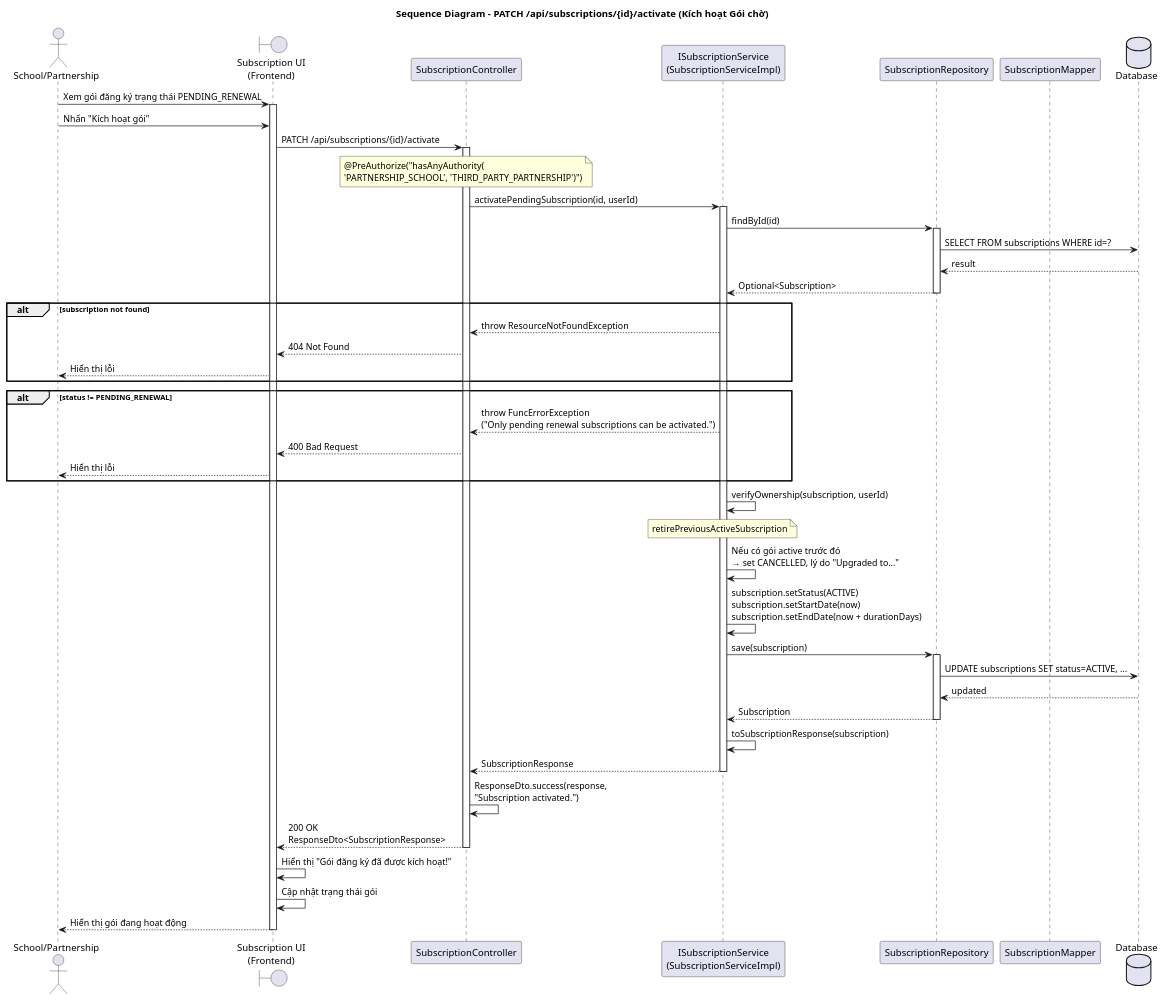
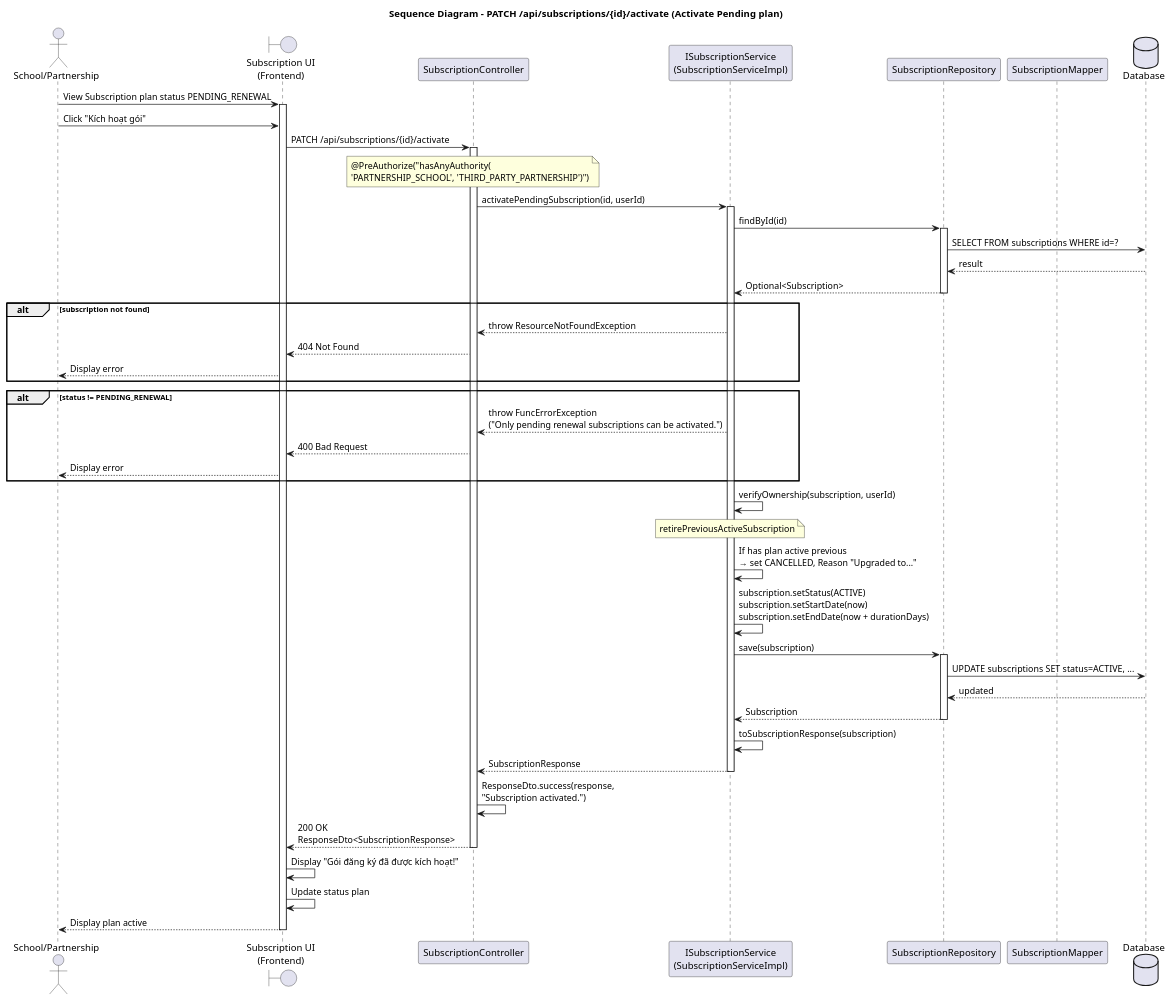
The diagram in src/main/resources/diagram/seq_activate_pending_subscription.puml (EpxrLab/EcoVerse_BE), drawn with PlantUML before and after one commit. The commit also changed 53 other files, not shown here.

```diff
--- a/src/main/resources/diagram/seq_activate_pending_subscription.puml
+++ b/src/main/resources/diagram/seq_activate_pending_subscription.puml
@@ -1,71 +1,71 @@
 @startuml seq_activate_pending_subscription
-title Sequence Diagram - PATCH /api/subscriptions/{id}/activate (Kích hoạt Gói chờ)
+title Sequence Diagram - PATCH /api/subscriptions/{id}/activate (Activate Pending plan)
 
 actor "School/Partnership" as user
 boundary "Subscription UI\n(Frontend)" as ui
 participant "SubscriptionController" as ctrl
 participant "ISubscriptionService\n(SubscriptionServiceImpl)" as svc
 participant "SubscriptionRepository" as subRepo
 participant "SubscriptionMapper" as mapper
 database "Database" as db
 
-user -> ui : Xem gói đăng ký trạng thái PENDING_RENEWAL
+user -> ui : View Subscription plan status PENDING_RENEWAL
 activate ui
 
-user -> ui : Nhấn "Kích hoạt gói"
+user -> ui : Click "Kích hoạt gói"
 
 ui -> ctrl : PATCH /api/subscriptions/{id}/activate
 activate ctrl
 note over ctrl : @PreAuthorize("hasAnyAuthority(\n'PARTNERSHIP_SCHOOL', 'THIRD_PARTY_PARTNERSHIP')")
 
 ctrl -> svc : activatePendingSubscription(id, userId)
 activate svc
 
 svc -> subRepo : findById(id)
 activate subRepo
 subRepo -> db : SELECT FROM subscriptions WHERE id=?
 db --> subRepo : result
 subRepo --> svc : Optional<Subscription>
 deactivate subRepo
 
 alt subscription not found
-    svc --> ctrl : throw ResourceNotFoundException
-    ctrl --> ui : 404 Not Found
-    ui --> user : Hiển thị lỗi
+ svc --> ctrl : throw ResourceNotFoundException
+ ctrl --> ui : 404 Not Found
+ ui --> user : Display error
 end
 
 alt status != PENDING_RENEWAL
-    svc --> ctrl : throw FuncErrorException\n("Only pending renewal subscriptions can be activated.")
-    ctrl --> ui : 400 Bad Request
-    ui --> user : Hiển thị lỗi
+ svc --> ctrl : throw FuncErrorException\n("Only pending renewal subscriptions can be activated.")
+ ctrl --> ui : 400 Bad Request
+ ui --> user : Display error
 end
 
 svc -> svc : verifyOwnership(subscription, userId)
 
 note over svc : retirePreviousActiveSubscription
-svc -> svc : Nếu có gói active trước đó\n→ set CANCELLED, lý do "Upgraded to..."
+svc -> svc : If has plan active previous\n→ set CANCELLED, Reason "Upgraded to..."
 
 svc -> svc : subscription.setStatus(ACTIVE)\nsubscription.setStartDate(now)\nsubscription.setEndDate(now + durationDays)
 
 svc -> subRepo : save(subscription)
 activate subRepo
 subRepo -> db : UPDATE subscriptions SET status=ACTIVE, ...
 db --> subRepo : updated
 subRepo --> svc : Subscription
 deactivate subRepo
 
 svc -> svc : toSubscriptionResponse(subscription)
 
 svc --> ctrl : SubscriptionResponse
 deactivate svc
 
 ctrl -> ctrl : ResponseDto.success(response,\n"Subscription activated.")
 ctrl --> ui : 200 OK\nResponseDto<SubscriptionResponse>
 deactivate ctrl
 
-ui -> ui : Hiển thị "Gói đăng ký đã được kích hoạt!"
-ui -> ui : Cập nhật trạng thái gói
-ui --> user : Hiển thị gói đang hoạt động
+ui -> ui : Display "Gói đăng ký đã được kích hoạt!"
+ui -> ui : Update status plan
+ui --> user : Display plan active
 deactivate ui
 
 @enduml
```
